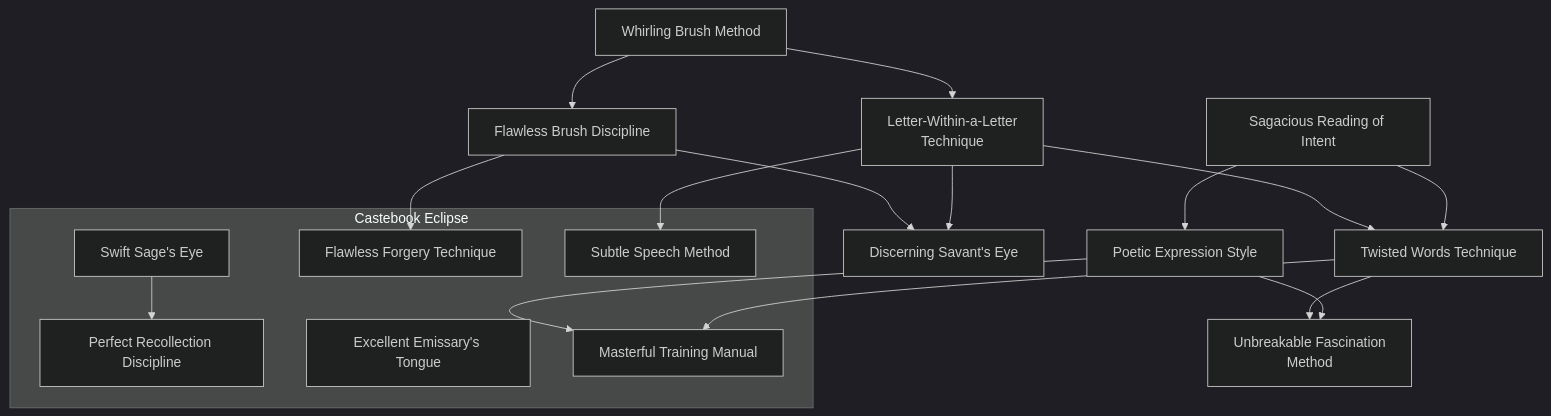
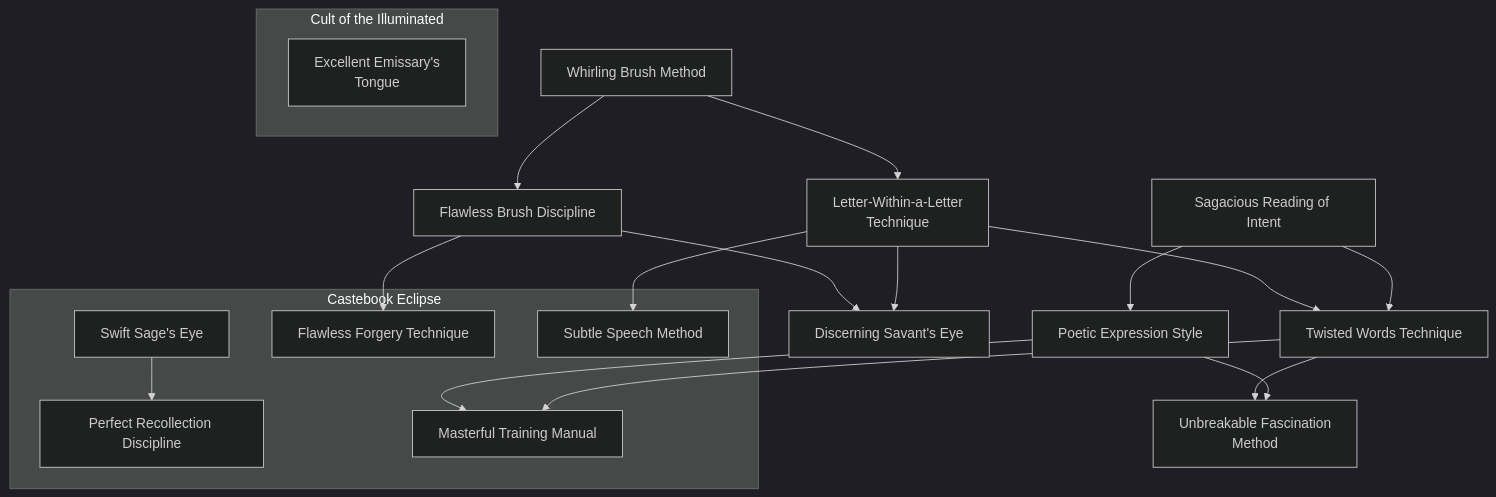
One commit to jrobichaud/exalted-charms-1e changed the diagram in docs/mermaid/solar/eclipse_linguistics.mmd. Above: the diagram before and after it, drawn with Mermaid. The commit also changed 8 other files, not shown here.

Commit message:
Cult of the illuminated

```diff
--- a/docs/mermaid/solar/eclipse_linguistics.mmd
+++ b/docs/mermaid/solar/eclipse_linguistics.mmd
@@ -275,29 +275,6 @@
             work fades to what it would normally be if the character
             had simply read, viewed or listened to the work
             "
-        excellent_emissarys_tongue[Excellent Emissary's Tongue]
-        click excellent_emissarys_tongue callback "
-            Excellent Emissary's Tongue<br>
-            <br>
-            Cost: 3 motes per language<br>
-            Duration: Special<br>
-            Type: Simple<br>
-            Minimum Linguistics: 3<br>
-            Minimum Essence: 1<br>
-            Prerequisite Charms: None<br>
-            <br>
-            With this Charm, the Solar Exalted may acquire
-            the ability to speak and understand a language merely
-            by hearing it spoken. The Charm requires at least an
-            hour of exposure to the language. So long as the
-            Essence is committed, the Chosen is completely fluent
-            in that language, without a trace of accent, but
-            cannot read or write in it A character can master a
-            total number of languages equal to her dots in Linguistics
-            by using this Charm. Once the Essence is no
-            longer committed, the knowledge of the language
-            fades immediately.
-            "
 
         flawless_forgery_technique[Flawless Forgery Technique]
         click flawless_forgery_technique callback "
@@ -400,3 +377,28 @@
     letter_within_a_letter_technique --> subtle_speech_method
     poetic_expression_style --> masterful_training_manual
     twisted_words_technique --> masterful_training_manual
+
+    subgraph Cult of the Illuminated
+        excellent_emissarys_tongue[Excellent Emissary's<br>Tongue]
+        click excellent_emissarys_tongue callback "
+            Excellent Emissary's Tongue<br>
+            <br>
+            Cost: 4 motes per language, 1 Willpower<br>
+            Duration: Special<br>
+            Type: Simple<br>
+            Minimum Linguistics: 3<br>
+            Minimum Essence: 1<br>
+            Prerequisite Charms: None<br>
+            <br>
+            With this Charm, the Solar Exalted may acquire the
+            ability to speak and understand a language merely by
+            hearing it spoken. The Charm requires at least an hour of
+            exposure to the language. So long as the Essence is committed,
+            the Chosen is completely fluent in that language,
+            without a trace of accent, but cannot read or write in it. A
+            character can master a total number of languages equal to
+            her dots of Linguistics by using this Charm. Once the
+            Essence is no longer committed, the knowledge of the
+            language fades immediately.
+            "
+    end
```
